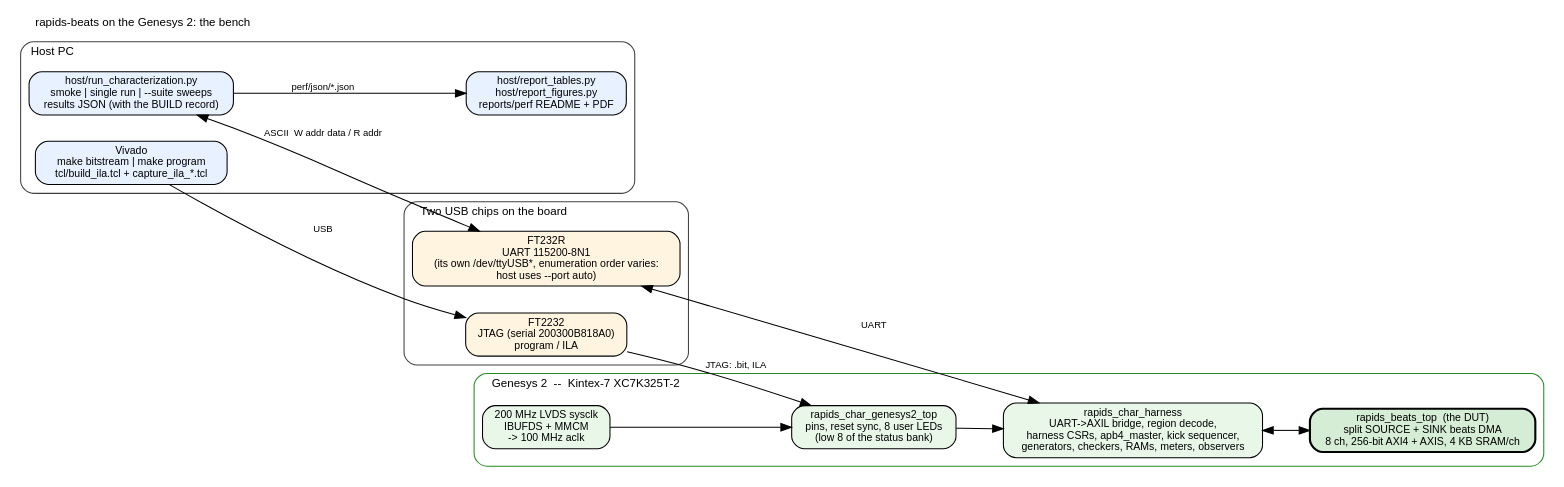
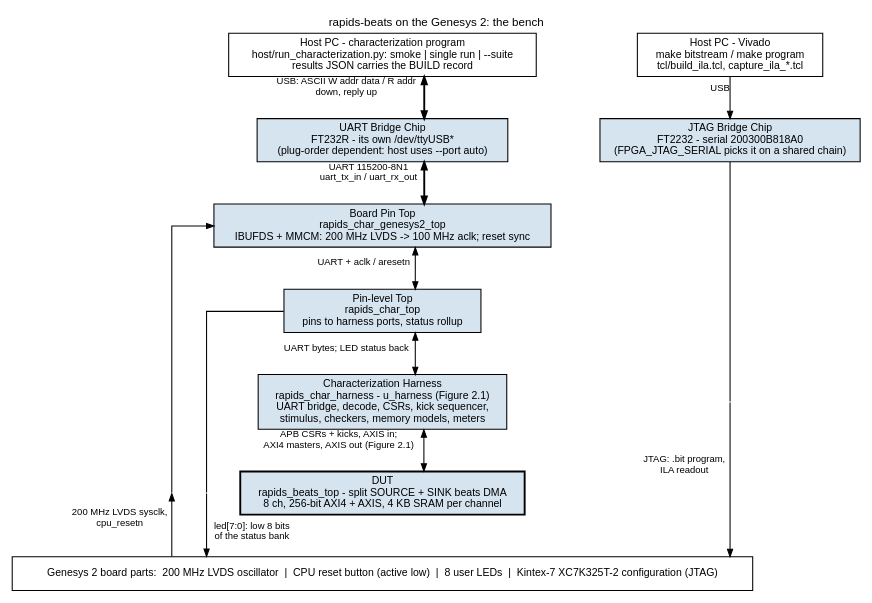
One commit to sean-galloway/RTLDesignSherpa changed the diagram in projects/fpga-systems/Genesys2/dma-ip/rapids_beats/docs/rapids_fpga_system/assets/graphviz/01_board_and_host.dot. Above: the diagram before and after it, drawn with Graphviz. The commit also changed 166 other files, not shown here.

```diff
--- a/projects/fpga-systems/Genesys2/dma-ip/rapids_beats/docs/rapids_fpga_system/assets/graphviz/01_board_and_host.dot
+++ b/projects/fpga-systems/Genesys2/dma-ip/rapids_beats/docs/rapids_fpga_system/assets/graphviz/01_board_and_host.dot
@@ -1,35 +1,62 @@
-// The rapids-beats FPGA system: what is on the bench, what talks to what.
+// Figure 1.1 -- the bench, in the house style for system diagrams
+// (vault/handbook/authoring/block-diagrams.md): the host PC and its two USB
+// links on top, the FPGA stack (pin top -> pin-level top -> harness -> DUT)
+// down the center, and the board's own parts as the boundary bar. The UART
+// command path is the heavy center column (one dir=both edge per hop: W/R
+// down, reply up); JTAG programming is its own column on the right; clock,
+// reset and LEDs cross the bar on the left.
+// RTL: flows-rapids-beats/rtl/rapids_char_genesys2_top.sv, rapids_char_top.sv,
+//      rapids_char_harness.sv.
 digraph board_and_host {
-    graph [rankdir=LR, fontname="Helvetica", fontsize=11, nodesep=0.35, ranksep=0.6,
-           label="rapids-beats on the Genesys 2: the bench", labelloc=t, labeljust=l];
-    node  [fontname="Helvetica", fontsize=10, shape=box, style="rounded,filled", fillcolor="#f4f4f4"];
-    edge  [fontname="Helvetica", fontsize=9];
+    graph [rankdir=TB, bgcolor="white", fontname="Helvetica", fontsize=11,
+           nodesep="0.45", ranksep="0.55", splines=ortho, newrank=true,
+           label="rapids-beats on the Genesys 2: the bench", labelloc=t];
+    node  [fontname="Helvetica", fontsize=10, shape=box, style=filled,
+           fillcolor="#D6E4F0", color="black", margin="0.12,0.06"];
+    edge  [fontname="Helvetica", fontsize=9, color="black", arrowsize=0.7];
 
-    subgraph cluster_host {
-        label="Host PC"; style="rounded"; color="#404040";
-        host_tools [label="host/run_characterization.py\nsmoke | single run | --suite sweeps\nresults JSON (with the BUILD record)", fillcolor="#e8f1ff"];
-        host_report [label="host/report_tables.py\nhost/report_figures.py\nreports/perf README + PDF", fillcolor="#e8f1ff"];
-        vivado [label="Vivado\nmake bitstream | make program\ntcl/build_ila.tcl + capture_ila_*.tcl", fillcolor="#e8f1ff"];
-        host_tools -> host_report [label="perf/json/*.json"];
-    }
+    host   [group=C, label="Host PC - characterization program\nhost/run_characterization.py: smoke | single run | --suite\nresults JSON carries the BUILD record", fillcolor="white"];
+    vivado [group=J, label="Host PC - Vivado\nmake bitstream / make program\ntcl/build_ila.tcl, capture_ila_*.tcl", fillcolor="white"];
 
-    subgraph cluster_usb {
-        label="Two USB chips on the board"; style="rounded"; color="#404040";
-        ft232r [label="FT232R\nUART 115200-8N1\n(its own /dev/ttyUSB*, enumeration order varies:\nhost uses --port auto)", fillcolor="#fff4e0"];
-        ft2232 [label="FT2232\nJTAG (serial 200300B818A0)\nprogram / ILA", fillcolor="#fff4e0"];
-    }
+    ft232  [group=C, label="UART Bridge Chip\nFT232R - its own /dev/ttyUSB*\n(plug-order dependent: host uses --port auto)"];
+    ft2232 [group=J, label="JTAG Bridge Chip\nFT2232 - serial 200300B818A0\n(FPGA_JTAG_SERIAL picks it on a shared chain)"];
 
-    subgraph cluster_fpga {
-        label="Genesys 2  --  Kintex-7 XC7K325T-2"; style="rounded"; color="#228B22";
-        clk [label="200 MHz LVDS sysclk\nIBUFDS + MMCM\n-> 100 MHz aclk", fillcolor="#e9f7e9"];
-        top [label="rapids_char_genesys2_top\npins, reset sync, 8 user LEDs\n(low 8 of the status bank)", fillcolor="#e9f7e9"];
-        harness [label="rapids_char_harness\nUART->AXIL bridge, region decode,\nharness CSRs, apb4_master, kick sequencer,\ngenerators, checkers, RAMs, meters, observers", fillcolor="#e9f7e9"];
-        dut [label="rapids_beats_top  (the DUT)\nsplit SOURCE + SINK beats DMA\n8 ch, 256-bit AXI4 + AXIS, 4 KB SRAM/ch", fillcolor="#d5ecd5", penwidth=2];
-        clk -> top; top -> harness; harness -> dut [dir=both];
-    }
+    ptop   [group=C, label="Board Pin Top\nrapids_char_genesys2_top\nIBUFDS + MMCM: 200 MHz LVDS -> 100 MHz aclk; reset sync"];
+    ctop   [group=C, label="Pin-level Top\nrapids_char_top\npins to harness ports, status rollup"];
+    harn   [group=C, label="Characterization Harness\nrapids_char_harness - u_harness (Figure 2.1)\nUART bridge, decode, CSRs, kick sequencer,\nstimulus, checkers, memory models, meters"];
+    dut    [group=C, label="DUT\nrapids_beats_top - split SOURCE + SINK beats DMA\n8 ch, 256-bit AXI4 + AXIS, 4 KB SRAM per channel", penwidth=1.8];
 
-    host_tools -> ft232r [label="ASCII  W addr data / R addr", dir=both];
-    ft232r -> harness [label="UART", dir=both];
-    vivado -> ft2232 [label="USB"];
-    ft2232 -> top [label="JTAG: .bit, ILA"];
+    bar    [group=C, label="Genesys 2 board parts:  200 MHz LVDS oscillator  |  CPU reset button (active low)  |  8 user LEDs  |  Kintex-7 XC7K325T-2 configuration (JTAG)",
+            fillcolor="white", width=9.5, height=0.45];
+
+    { rank=same; host; vivado; }
+    { rank=same; ft232; ft2232; }
+    host -> vivado [style=invis, minlen=3];
+    { rank=sink; bar; }
+    dut -> bar [style=invis, weight=10];
+    host -> ft232 -> ptop -> ctop -> harn -> dut [style=invis, weight=20];
+
+    // UART command path, center
+    host  -> ft232 [dir=both, penwidth=1.8, xlabel="USB: ASCII W addr data / R addr\ndown, reply up"];
+    ft232 -> ptop  [dir=both, penwidth=1.8, xlabel="UART 115200-8N1\nuart_tx_in / uart_rx_out"];
+    ptop  -> ctop  [dir=both, xlabel="UART + aclk / aresetn"];
+    ctop  -> harn  [dir=both, xlabel="UART bytes; LED status back"];
+    harn  -> dut   [dir=both, xlabel="APB CSRs + kicks, AXIS in;\nAXI4 masters, AXIS out (Figure 2.1)"];
+
+    // JTAG, right column
+    vivado -> ft2232 [xlabel="USB"];
+    pj [group=J, shape=point, style=invis, width=0.01, label=""];
+    { rank=same; harn; pj; }
+    ft2232 -> pj [dir=none];
+    pj -> bar    [xlabel="JTAG: .bit program,\nILA readout"];
+
+    // board parts, left
+    pc [shape=point, style=invis, width=0.01, label=""];
+    pl [shape=point, style=invis, width=0.01, label=""];
+    { rank=same; pc; pl; dut; }
+    pc -> pl -> dut [style=invis];
+    ptop -> pc [dir=back];
+    pc -> bar  [dir=back, xlabel="200 MHz LVDS sysclk,\ncpu_resetn"];
+    ctop -> pl [dir=none];
+    pl -> bar  [xlabel="led[7:0]: low 8 bits\nof the status bank"];
 }
```
